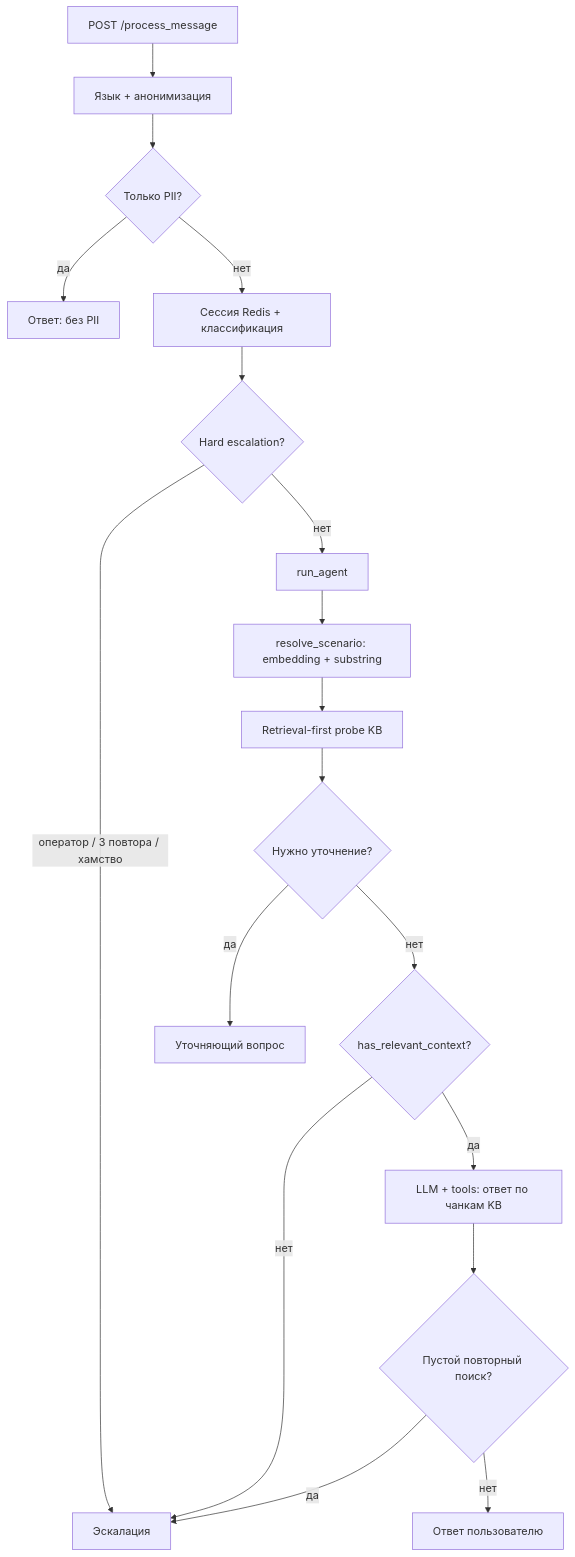
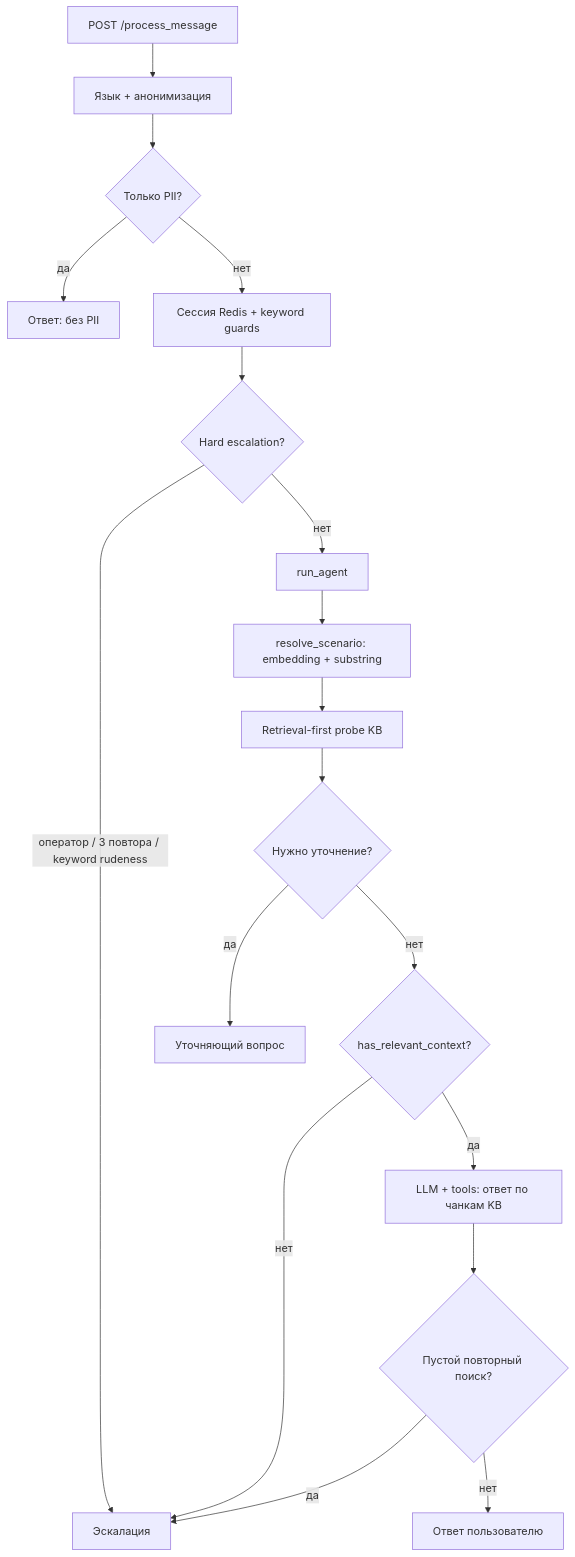
The diagram in docs/AGENT_PIPELINE.md (zislamkhojaev-dev/chatagent-master), drawn with Mermaid before and after one commit. The commit also changed other lines of this file and 5 other files, not shown here.

````diff
--- a/docs/AGENT_PIPELINE.md
+++ b/docs/AGENT_PIPELINE.md
@@ -15,20 +15,20 @@
 ```mermaid
 flowchart TD
     A[POST /process_message] --> B[Язык + анонимизация]
     B --> C{Только PII?}
     C -->|да| C1[Ответ: без PII]
-    C -->|нет| D[Сессия Redis + классификация]
+    C -->|нет| D[Сессия Redis + keyword guards]
     D --> E{Hard escalation?}
-    E -->|оператор / 3 повтора / хамство| F[Эскалация]
+    E -->|оператор / 3 повтора / keyword rudeness| F[Эскалация]
     E -->|нет| G[run_agent]
     G --> H[resolve_scenario: embedding + substring]
     H --> I[Retrieval-first probe KB]
     I --> J{Нужно уточнение?}
     J -->|да| K[Уточняющий вопрос]
     J -->|нет| L{has_relevant_context?}
     L -->|нет| F
     L -->|да| M[LLM + tools: ответ по чанкам KB]
     M --> N{Пустой повторный поиск?}
     N -->|да| F
     N -->|нет| O[Ответ пользователю]
 ```
````
